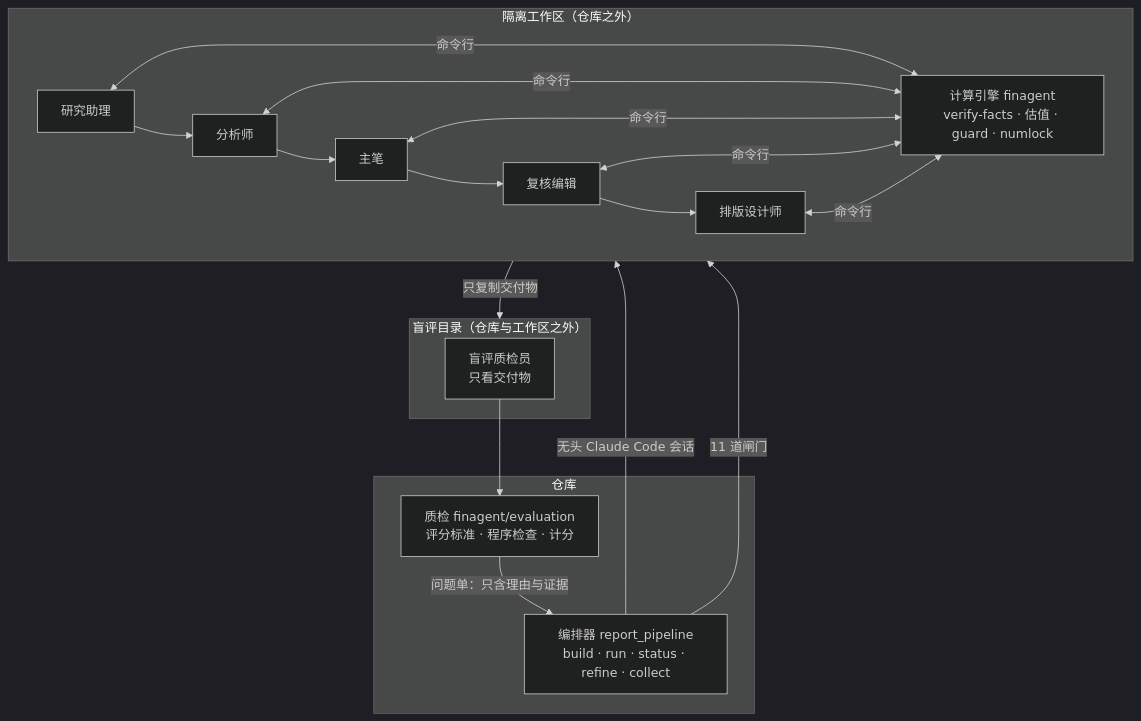
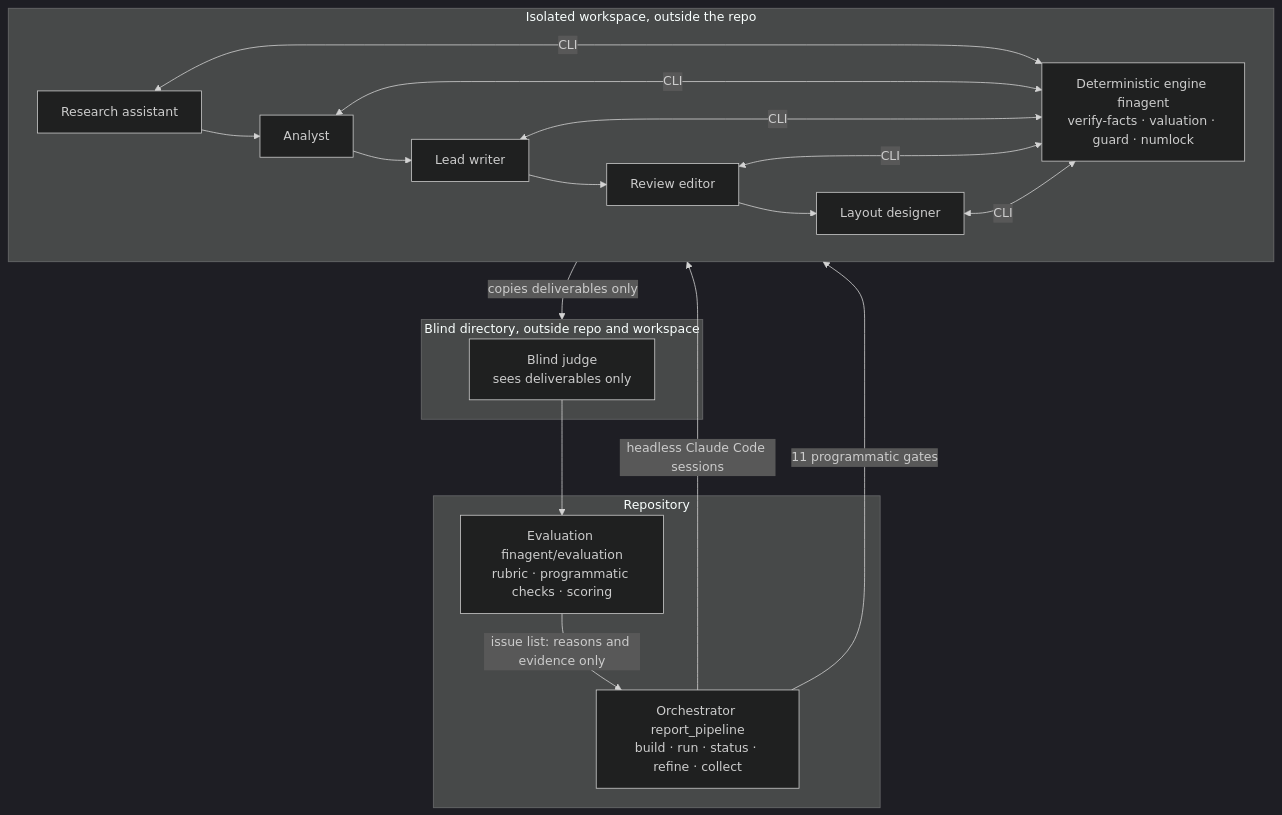
The diagram in README.md (MochiaoChen/LEDGER), drawn with Mermaid (dark theme) before and after one commit. The commit also changed other lines of this file and 24 other files, not shown here.

````diff
--- a/README.md
+++ b/README.md
@@ -46,20 +63,20 @@
 ```mermaid
 flowchart TB
-    subgraph REPO[仓库]
-        ORCH[编排器 report_pipeline<br/>build · run · status · refine · collect]
-        EVAL[质检 finagent/evaluation<br/>评分标准 · 程序检查 · 计分]
+    subgraph REPO[Repository]
+        ORCH[Orchestrator report_pipeline<br/>build · run · status · refine · collect]
+        EVAL[Evaluation finagent/evaluation<br/>rubric · programmatic checks · scoring]
     end
-    subgraph WS[隔离工作区（仓库之外）]
-        S1[研究助理] --> S2[分析师] --> S3[主笔] --> S4[复核编辑] --> S5[排版设计师]
-        ENG[计算引擎 finagent<br/>verify-facts · 估值 · guard · numlock]
-        S1 & S2 & S3 & S4 & S5 <-->|命令行| ENG
+    subgraph WS[Isolated workspace, outside the repo]
+        S1[Research assistant] --> S2[Analyst] --> S3[Lead writer] --> S4[Review editor] --> S5[Layout designer]
+        ENG[Deterministic engine finagent<br/>verify-facts · valuation · guard · numlock]
+        S1 & S2 & S3 & S4 & S5 <-->|CLI| ENG
     end
-    subgraph BLIND[盲评目录（仓库与工作区之外）]
-        JUDGE[盲评质检员<br/>只看交付物]
+    subgraph BLIND[Blind directory, outside repo and workspace]
+        JUDGE[Blind judge<br/>sees deliverables only]
     end
-    ORCH -->|无头 Claude Code 会话| WS
-    ORCH -->|11 道闸门| WS
-    WS -->|只复制交付物| BLIND
+    ORCH -->|headless Claude Code sessions| WS
+    ORCH -->|11 programmatic gates| WS
+    WS -->|copies deliverables only| BLIND
     JUDGE --> EVAL
-    EVAL -->|问题单：只含理由与证据| ORCH
+    EVAL -->|issue list: reasons and evidence only| ORCH
 ```
````
